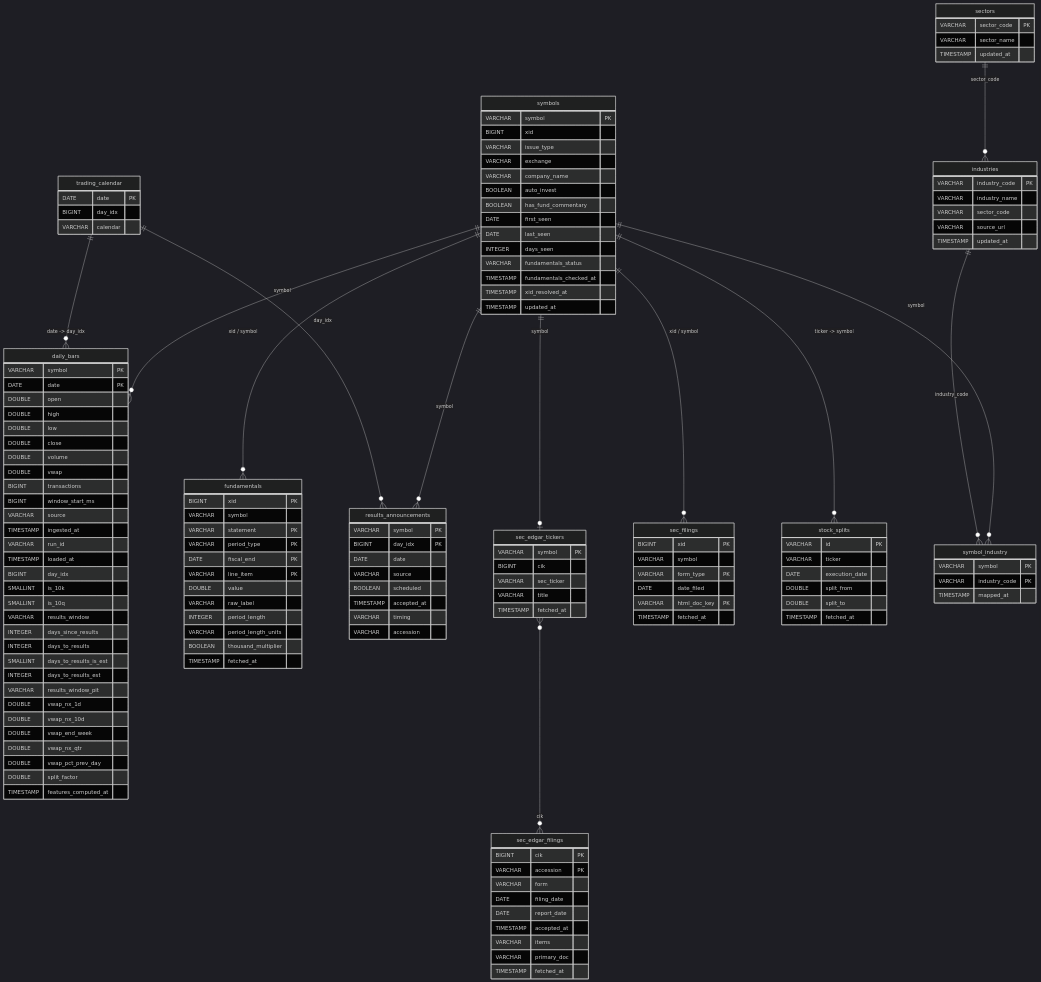
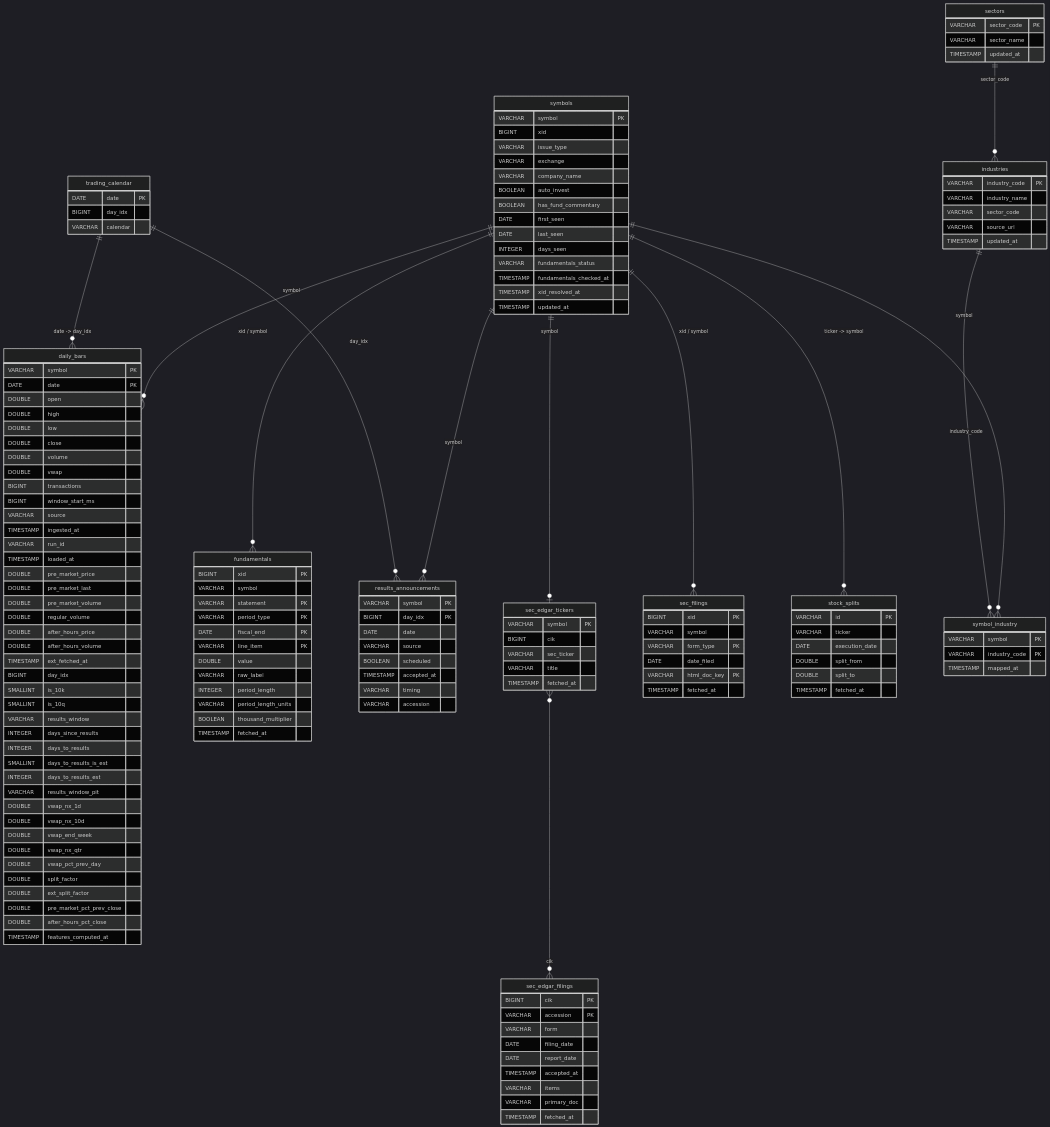
Before and after one commit to vkothandam/MTap: the first of 2 diagrams in docs/database-schema.md, drawn with Mermaid (dark theme). The commit also changed other lines of this file and 37 other files, not shown here.

First line of the commit message:
extended-hours (pre-market/after-hours): add daily_bars columns, Phase 1–3 fetcher and loader, storage on NAS

```diff
--- a/docs/database-schema.md
+++ b/docs/database-schema.md
@@ -30,6 +30,13 @@
         TIMESTAMP ingested_at
         VARCHAR run_id
         TIMESTAMP loaded_at
+        DOUBLE pre_market_price
+        DOUBLE pre_market_last
+        DOUBLE pre_market_volume
+        DOUBLE regular_volume
+        DOUBLE after_hours_price
+        DOUBLE after_hours_volume
+        TIMESTAMP ext_fetched_at
         BIGINT day_idx
         SMALLINT is_10k
         SMALLINT is_10q
@@ -45,6 +52,9 @@
         DOUBLE vwap_nx_qtr
         DOUBLE vwap_pct_prev_day
         DOUBLE split_factor
+        DOUBLE ext_split_factor
+        DOUBLE pre_market_pct_prev_close
+        DOUBLE after_hours_pct_close
         TIMESTAMP features_computed_at
     }
     fundamentals {
```
